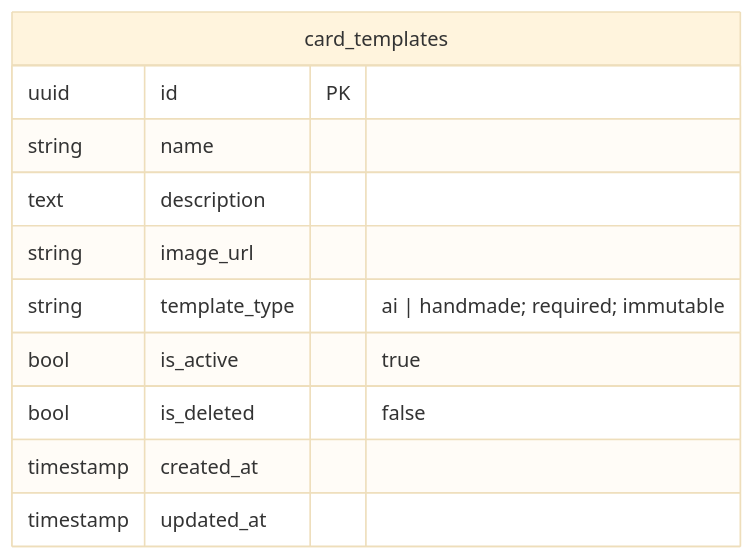
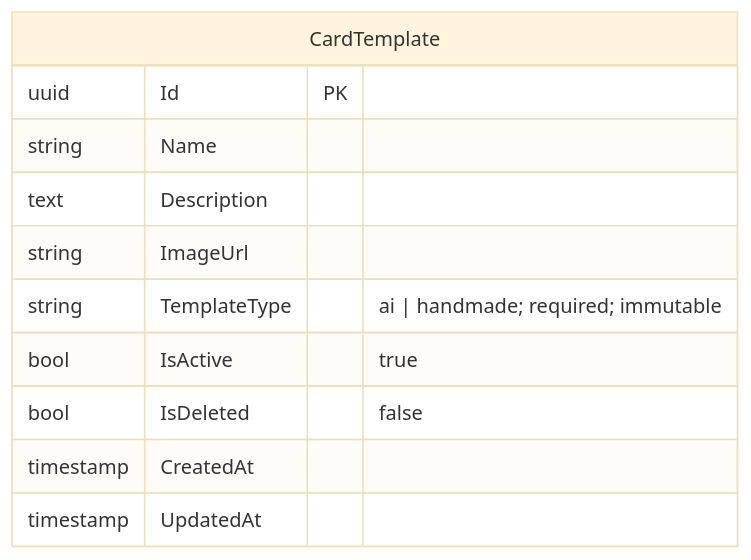
One commit to TaskCoper/hoatheomua-be changed the fifth of 5 diagrams in HoaTheoMua.Repository/docs/tdd/TDD-024/TDD-024-tao-card-template.md. Above: the diagram before and after it, drawn with Mermaid (base theme). The commit also changed other lines of this file and 499 other files, not shown here.

````diff
--- a/HoaTheoMua.Repository/docs/tdd/TDD-024/TDD-024-tao-card-template.md
+++ b/HoaTheoMua.Repository/docs/tdd/TDD-024/TDD-024-tao-card-template.md
@@ -139,14 +139,14 @@
 ```mermaid
 erDiagram
-    card_templates {
-        uuid id PK
-        string name
-        text description
-        string image_url
-        string template_type "ai | handmade; required; immutable"
-        bool is_active "true"
-        bool is_deleted "false"
-        timestamp created_at
-        timestamp updated_at
+    CardTemplate {
+        uuid Id PK
+        string Name
+        text Description
+        string ImageUrl
+        string TemplateType "ai | handmade; required; immutable"
+        bool IsActive "true"
+        bool IsDeleted "false"
+        timestamp CreatedAt
+        timestamp UpdatedAt
     }
 ```
````
